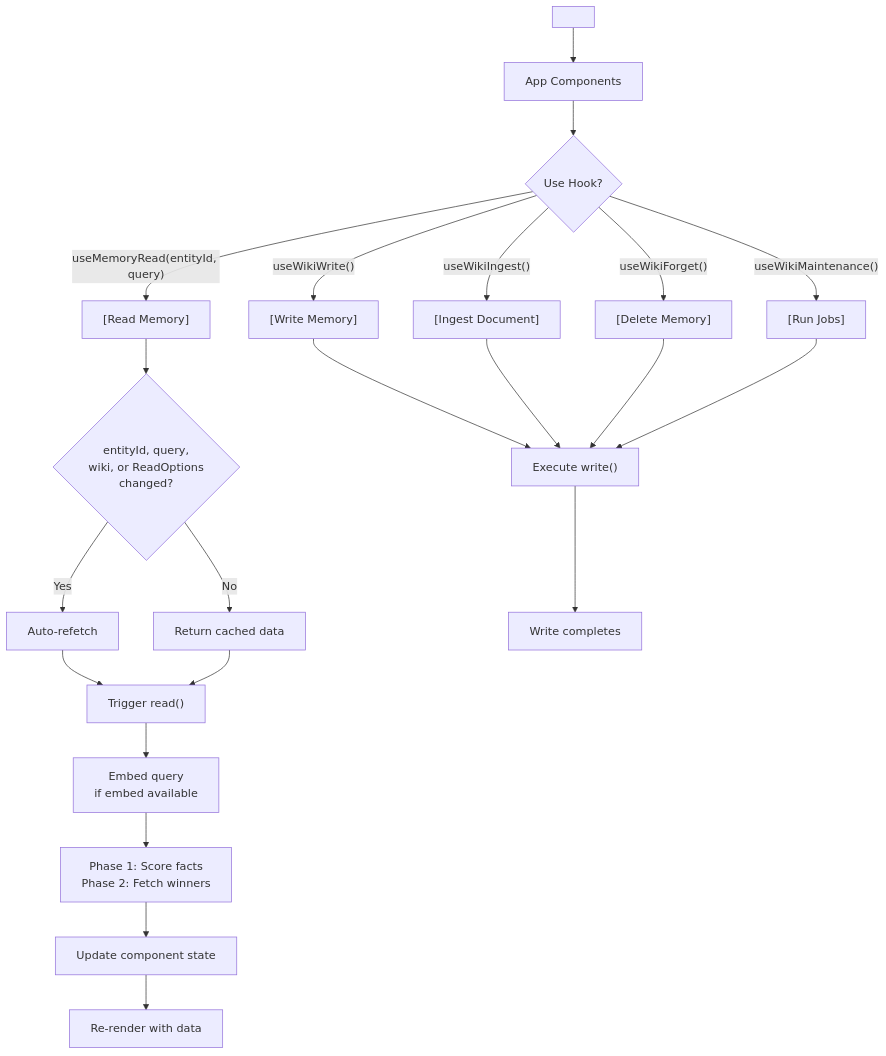
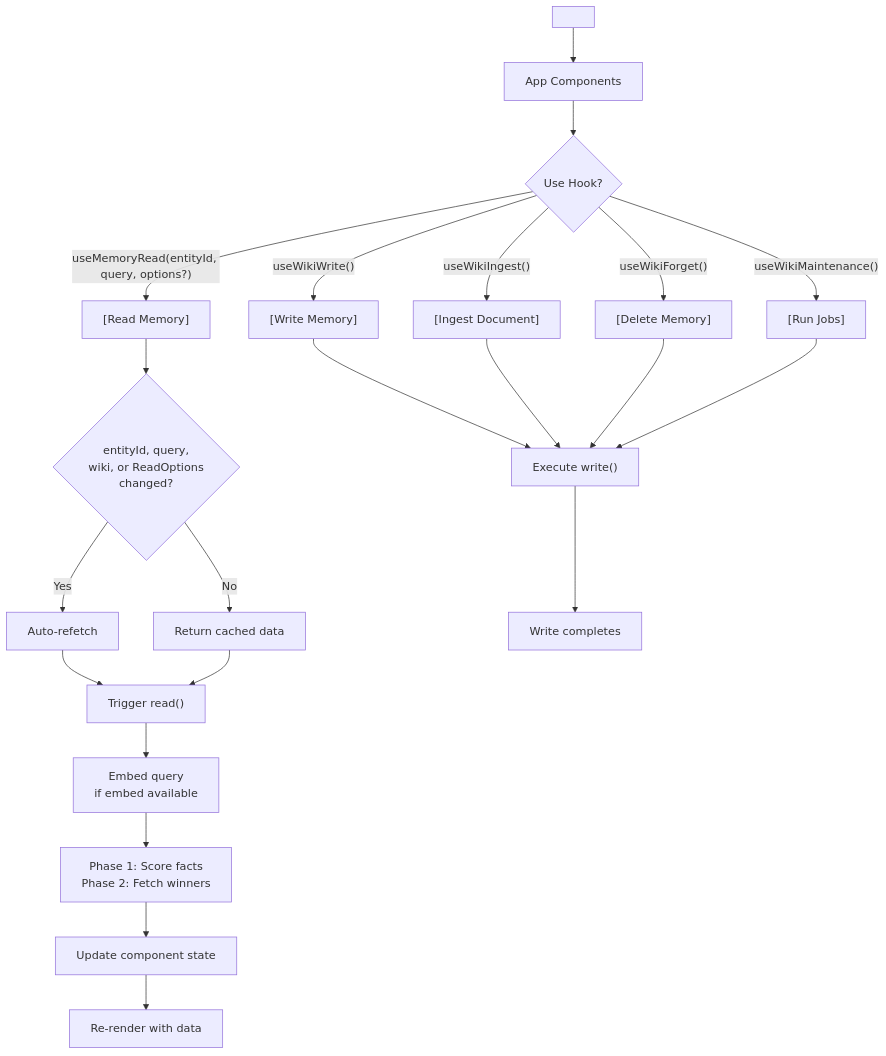
One commit to equationalapplications/expo-llm-wiki changed the third of 3 diagrams in README.md. Above: the diagram before and after it, drawn with Mermaid. The commit also changed other lines of this file and 2 other files, not shown here.

Commit message:
fix(core): clamp non-finite hybridWeight; update README API label/comment
Agent-Logs-Url: https://github.com/equationalapplications/expo-llm-wiki/sessions/07b06996-a06f-45a1-88d7-5826be7683e7

````diff
--- a/README.md
+++ b/README.md
@@ -678,24 +678,24 @@
 ```mermaid
 flowchart TD
     A["<WikiProvider wiki={wiki}>"] --> B["App Components"]
     B --> C{"Use Hook?"}
-    C -->|"useMemoryRead(entityId, query)"| D["[Read Memory]"]
+    C -->|"useMemoryRead(entityId, query, options?)"| D["[Read Memory]"]
     C -->|"useWikiWrite()"| E["[Write Memory]"]
     C -->|"useWikiIngest()"| F["[Ingest Document]"]
     C -->|"useWikiForget()"| G["[Delete Memory]"]
     C -->|"useWikiMaintenance()"| H["[Run Jobs]"]
     D --> I{"entityId, query,<br/>wiki, or ReadOptions<br/>changed?"}
     I -->|"Yes"| J["Auto-refetch"]
     I -->|"No"| K["Return cached data"]
     J --> L["Trigger read()"]
     K --> L
     L --> M["Embed query<br/>if embed available"]
     M --> N["Phase 1: Score facts<br/>Phase 2: Fetch winners"]
     N --> O["Update component state"]
     O --> P["Re-render with data"]
     E --> Q["Execute write()"]
     F --> Q
     G --> Q
     H --> Q
     Q --> R["Write completes"]
 ```
````
